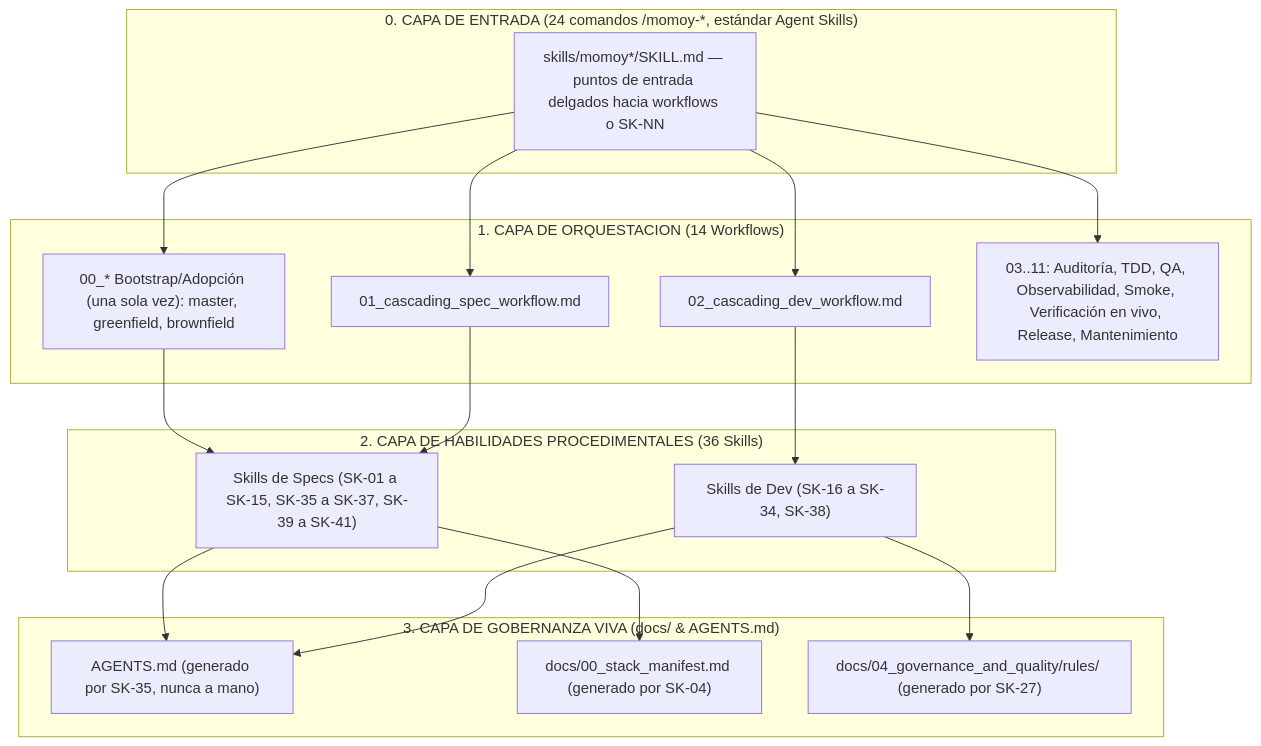
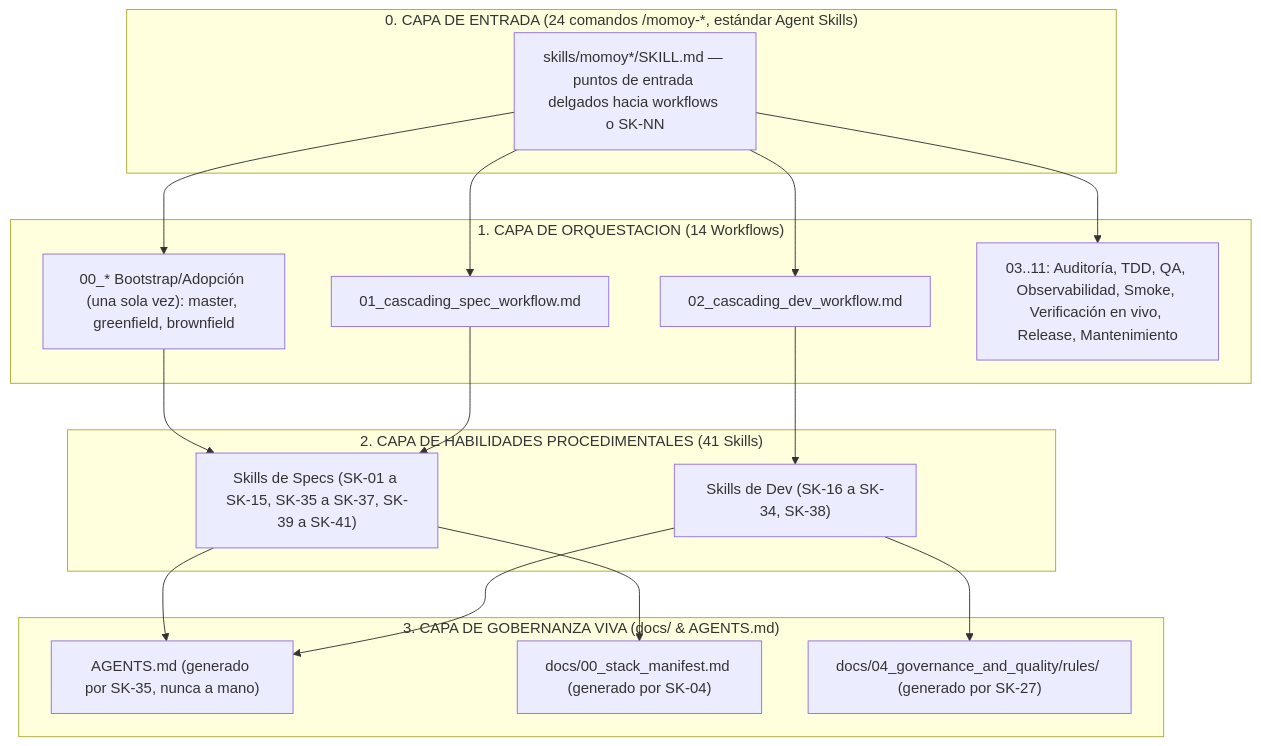
Before and after one commit to lacruzjd/AI4Devs-finalproject: the diagram in .agents/README.md, drawn with Mermaid. The commit also changed other lines of this file and 1 other file, not shown here.

````diff
--- a/.agents/README.md
+++ b/.agents/README.md
@@ -55,36 +68,36 @@
 ```mermaid
 flowchart TD
     subgraph CAPA0 ["0. CAPA DE ENTRADA (24 comandos /momoy-*, estándar Agent Skills)"]
         CMD["skills/momoy*/SKILL.md — puntos de entrada delgados hacia workflows o SK-NN"]
     end
 
     subgraph CAPA1 ["1. CAPA DE ORQUESTACION (14 Workflows)"]
         W00["00_* Bootstrap/Adopción (una sola vez): master, greenfield, brownfield"]
         W01["01_cascading_spec_workflow.md"]
         W02["02_cascading_dev_workflow.md"]
         W0X["03..11: Auditoría, TDD, QA, Observabilidad, Smoke, Verificación en vivo, Release, Mantenimiento"]
     end
 
-    subgraph CAPA2 ["2. CAPA DE HABILIDADES PROCEDIMENTALES (36 Skills)"]
+    subgraph CAPA2 ["2. CAPA DE HABILIDADES PROCEDIMENTALES (41 Skills)"]
         S_Spec["Skills de Specs (SK-01 a SK-15, SK-35 a SK-37, SK-39 a SK-41)"]
         S_Dev["Skills de Dev (SK-16 a SK-34, SK-38)"]
     end
 
     subgraph CAPA3 ["3. CAPA DE GOBERNANZA VIVA (docs/ & AGENTS.md)"]
         AGENTS["AGENTS.md (generado por SK-35, nunca a mano)"]
         StackManifest["docs/00_stack_manifest.md (generado por SK-04)"]
         Rules["docs/04_governance_and_quality/rules/ (generado por SK-27)"]
     end
 
     CMD --> W00
     CMD --> W01
     CMD --> W02
     CMD --> W0X
     W00 --> S_Spec
     W01 --> S_Spec
     W02 --> S_Dev
     S_Spec --> AGENTS
     S_Spec --> StackManifest
     S_Dev --> AGENTS
     S_Dev --> Rules
 ```
````
